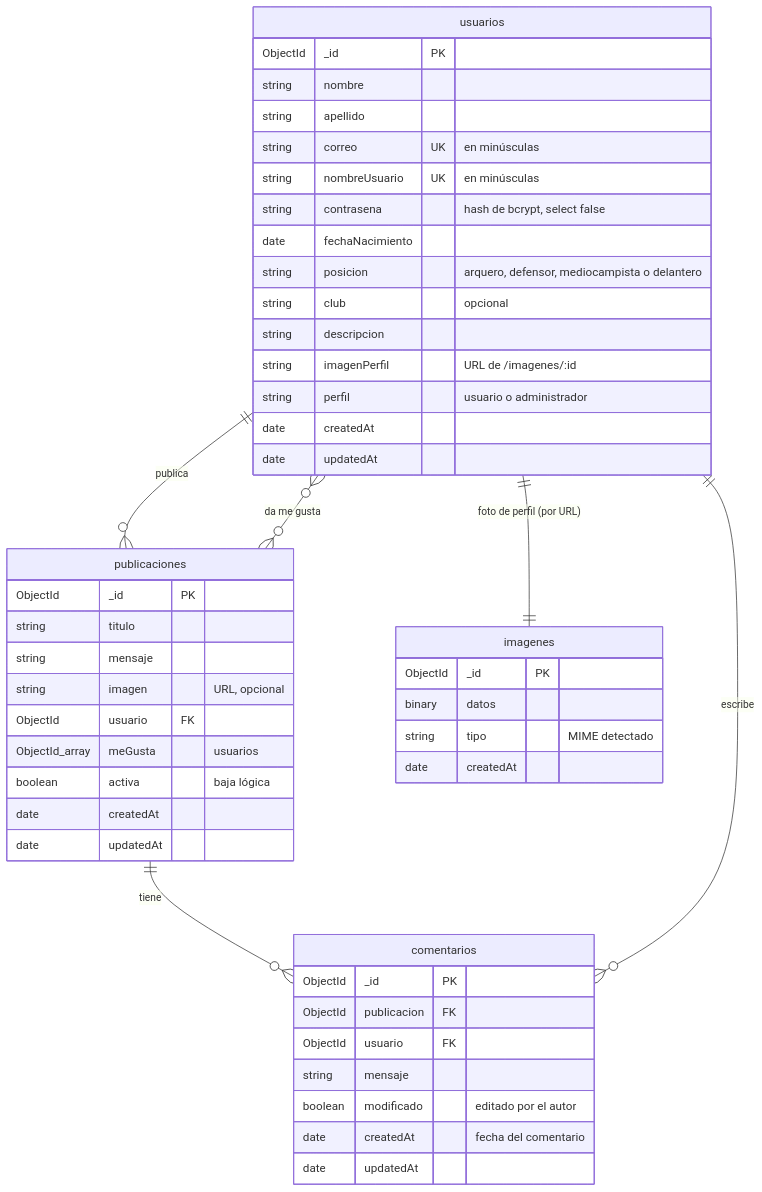
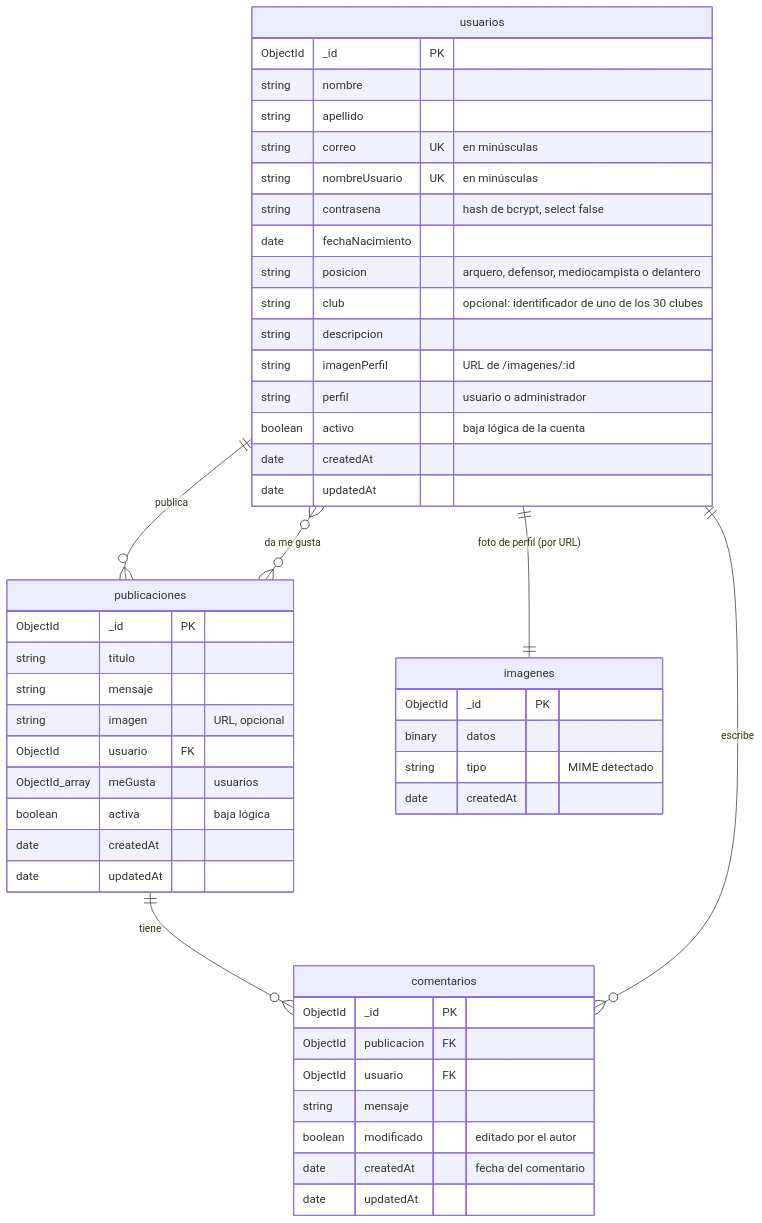
One commit to KevinPlucci/Vestuario-Red-Social changed the diagram in TECNICO.md. Above: the diagram before and after it, drawn with Mermaid. The commit also changed other lines of this file and 180 other files, not shown here.

````diff
--- a/TECNICO.md
+++ b/TECNICO.md
@@ -215,50 +268,51 @@
 ```mermaid
 erDiagram
   usuarios ||--o{ publicaciones : "publica"
   usuarios }o--o{ publicaciones : "da me gusta"
   usuarios ||--|| imagenes : "foto de perfil (por URL)"
   publicaciones ||--o{ comentarios : "tiene"
   usuarios ||--o{ comentarios : "escribe"
   usuarios {
     ObjectId _id PK
     string nombre
     string apellido
     string correo UK "en minúsculas"
     string nombreUsuario UK "en minúsculas"
     string contrasena "hash de bcrypt, select false"
     date fechaNacimiento
     string posicion "arquero, defensor, mediocampista o delantero"
-    string club "opcional"
+    string club "opcional: identificador de uno de los 30 clubes"
     string descripcion
     string imagenPerfil "URL de /imagenes/:id"
     string perfil "usuario o administrador"
+    boolean activo "baja lógica de la cuenta"
     date createdAt
     date updatedAt
   }
   publicaciones {
     ObjectId _id PK
     string titulo
     string mensaje
     string imagen "URL, opcional"
     ObjectId usuario FK
     ObjectId_array meGusta "usuarios"
     boolean activa "baja lógica"
     date createdAt
     date updatedAt
   }
   imagenes {
     ObjectId _id PK
     binary datos
     string tipo "MIME detectado"
     date createdAt
   }
   comentarios {
     ObjectId _id PK
     ObjectId publicacion FK
     ObjectId usuario FK
     string mensaje
     boolean modificado "editado por el autor"
     date createdAt "fecha del comentario"
     date updatedAt
   }
 ```
````
